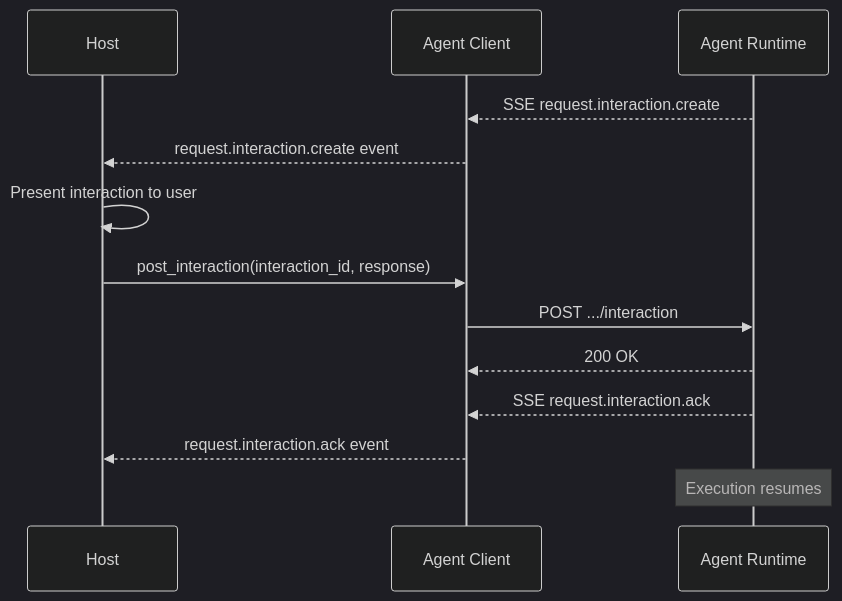
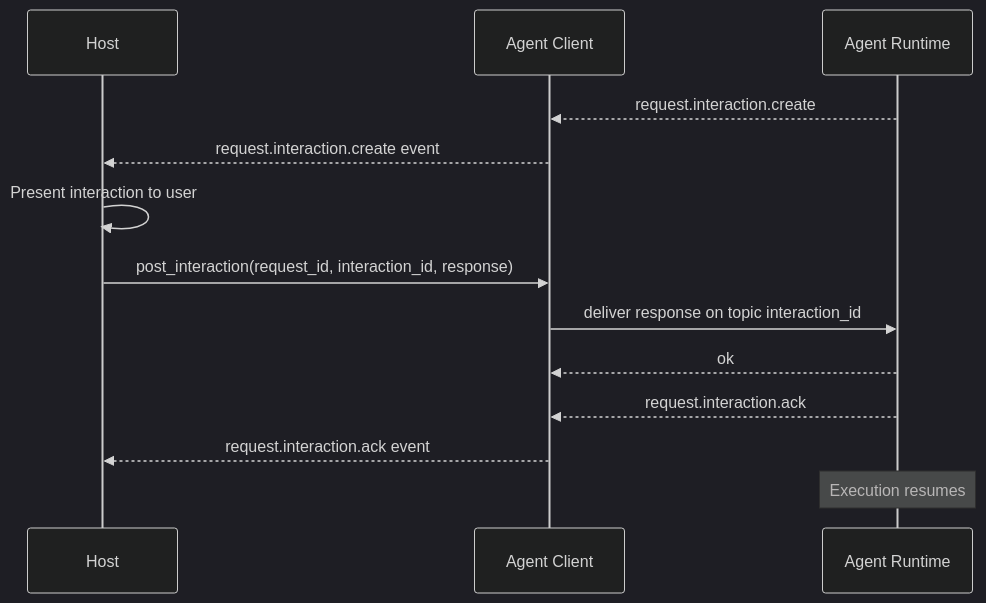
One commit to imsid/mashpy changed the third of 3 diagrams in docs/rfcs/host-to-agent-protocol.md. Above: the diagram before and after it, drawn with Mermaid (dark theme). The commit also changed other lines of this file, not shown here.

````diff
--- a/docs/rfcs/host-to-agent-protocol.md
+++ b/docs/rfcs/host-to-agent-protocol.md
@@ -395,16 +399,16 @@
 ```mermaid
 sequenceDiagram
     participant Host
     participant Client as Agent Client
     participant Agent as Agent Runtime
 
-    Agent-->>Client: SSE request.interaction.create
+    Agent-->>Client: request.interaction.create
     Client-->>Host: request.interaction.create event
     Host->>Host: Present interaction to user
-    Host->>Client: post_interaction(interaction_id, response)
-    Client->>Agent: POST .../interaction
-    Agent-->>Client: 200 OK
-    Agent-->>Client: SSE request.interaction.ack
+    Host->>Client: post_interaction(request_id, interaction_id, response)
+    Client->>Agent: deliver response on topic interaction_id
+    Agent-->>Client: ok
+    Agent-->>Client: request.interaction.ack
     Client-->>Host: request.interaction.ack event
     Note over Agent: Execution resumes
 ```
````
